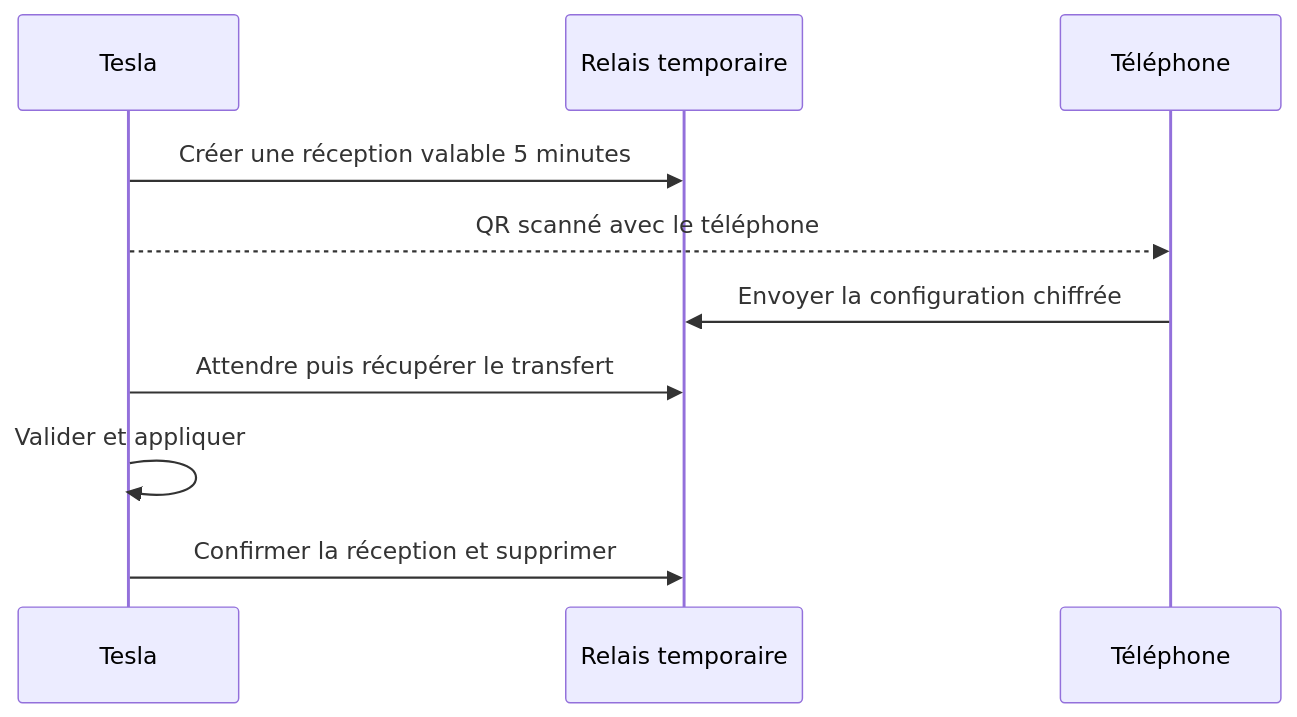
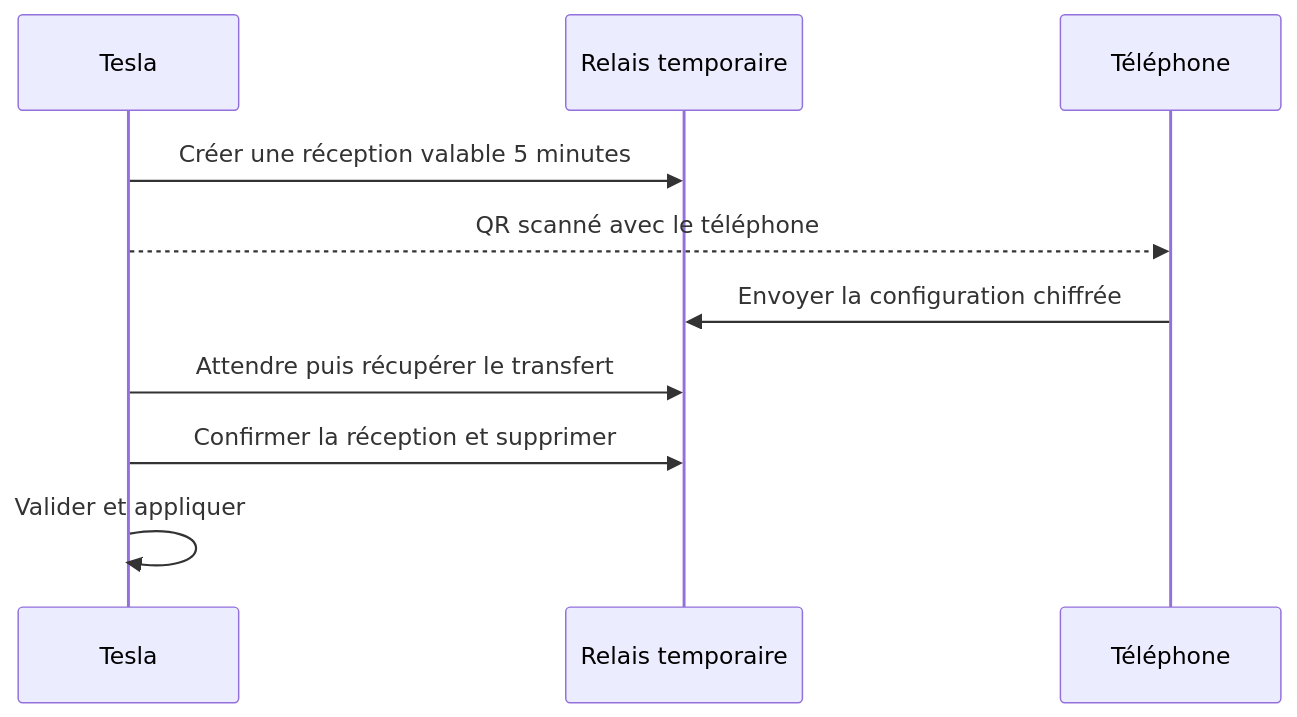
The diagram in docs/APPAIRAGE-TELEPHONE-TESLA.md (drslid/EvPortal), drawn with Mermaid before and after one commit. The commit also changed other lines of this file and 60 other files, not shown here.

````diff
--- a/docs/APPAIRAGE-TELEPHONE-TESLA.md
+++ b/docs/APPAIRAGE-TELEPHONE-TESLA.md
@@ -14,12 +14,12 @@
 ```mermaid
 sequenceDiagram
     participant T as Tesla
     participant R as Relais temporaire
     participant P as Téléphone
     T->>R: Créer une réception valable 5 minutes
     T-->>P: QR scanné avec le téléphone
     P->>R: Envoyer la configuration chiffrée
     T->>R: Attendre puis récupérer le transfert
+    T->>R: Confirmer la réception et supprimer
     T->>T: Valider et appliquer
-    T->>R: Confirmer la réception et supprimer
 ```
````
